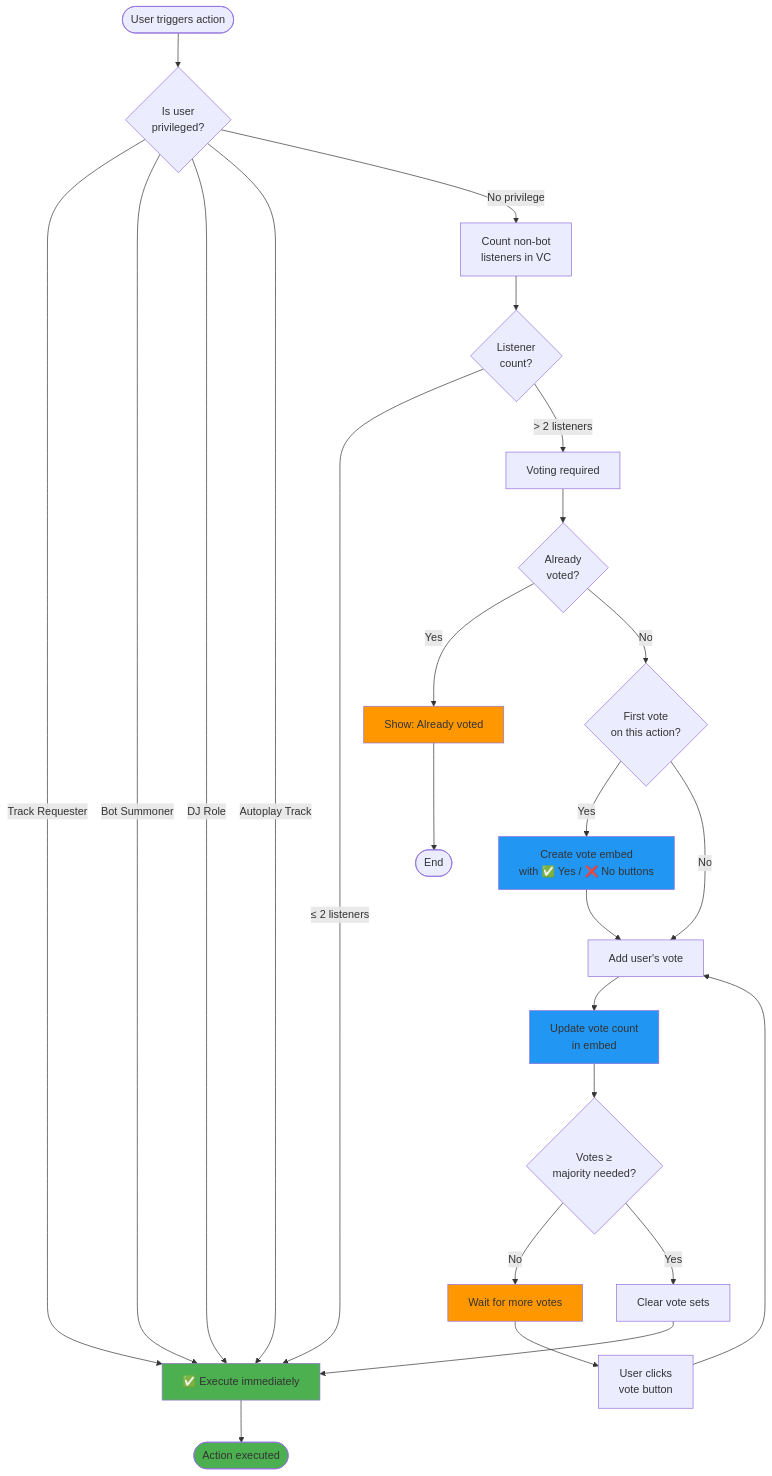
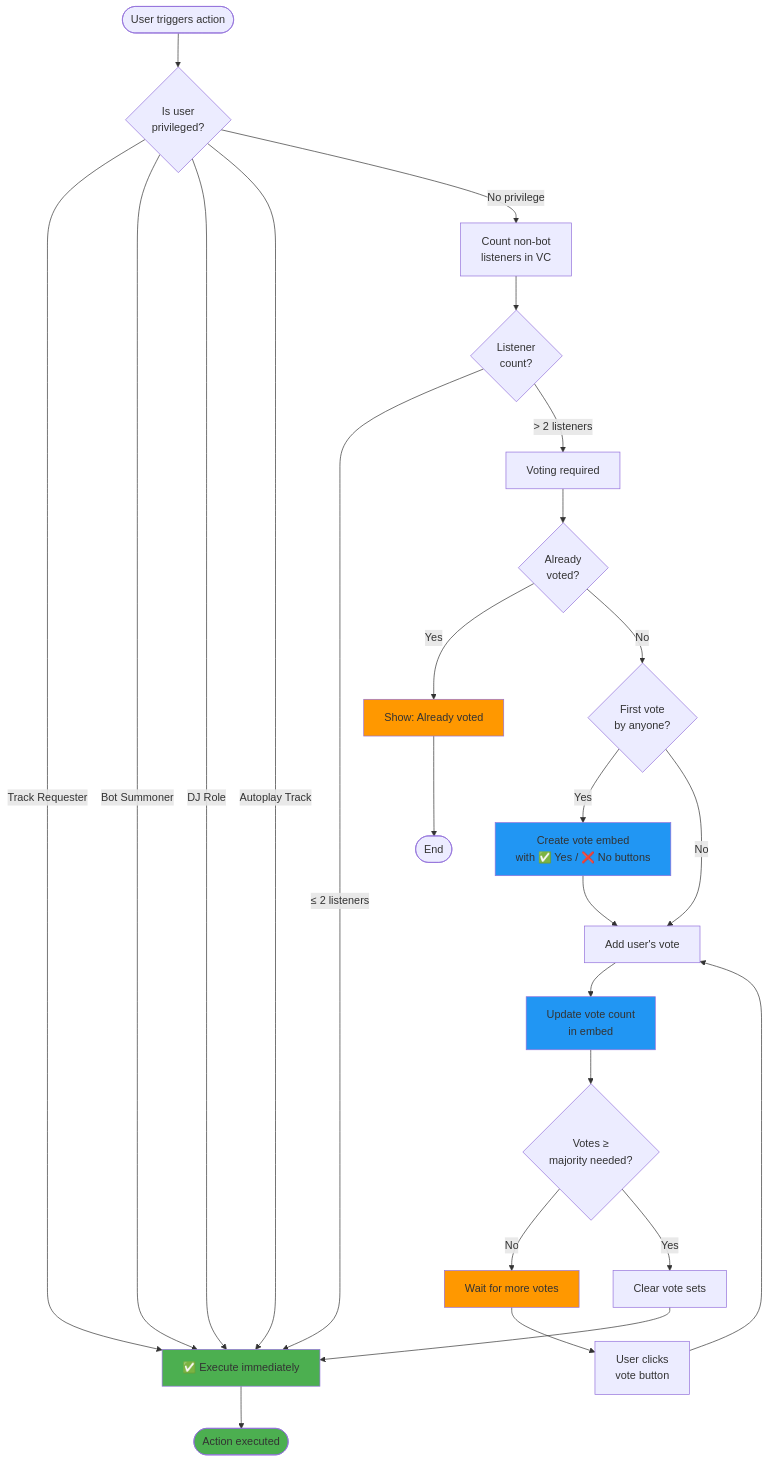
Before and after one commit to ductridev/multi-distube-bots: the second of 2 diagrams in README.md, drawn with Mermaid.

Commit message:
fix: clarify voting flow description in README

````diff
--- a/README.md
+++ b/README.md
@@ -105,42 +105,42 @@
 ```mermaid
 flowchart TD
     Start([User triggers action]) --> CheckPrivilege{Is user<br/>privileged?}
     
     CheckPrivilege -->|Track Requester| ExecuteImmediate[✅ Execute immediately]
     CheckPrivilege -->|Bot Summoner| ExecuteImmediate
     CheckPrivilege -->|DJ Role| ExecuteImmediate
     CheckPrivilege -->|Autoplay Track| ExecuteImmediate
     
     CheckPrivilege -->|No privilege| CountListeners[Count non-bot<br/>listeners in VC]
     
     CountListeners --> CheckCount{Listener<br/>count?}
     CheckCount -->|≤ 2 listeners| ExecuteImmediate
     CheckCount -->|> 2 listeners| NeedVoting[Voting required]
     
     NeedVoting --> CheckExistingVote{Already<br/>voted?}
     CheckExistingVote -->|Yes| AlreadyVoted[Show: Already voted]
-    CheckExistingVote -->|No| FirstVote{First vote<br/>on this action?}
+    CheckExistingVote -->|No| FirstVote{First vote<br/>by anyone?}
     
     FirstVote -->|Yes| CreateEmbed[Create vote embed<br/>with ✅ Yes / ❌ No buttons]
     CreateEmbed --> AddVote[Add user's vote]
     
     FirstVote -->|No| AddVote
     AddVote --> UpdateEmbed[Update vote count<br/>in embed]
     
     UpdateEmbed --> CheckMajority{Votes ≥<br/>majority needed?}
     CheckMajority -->|No| WaitMore[Wait for more votes]
     CheckMajority -->|Yes| ClearVotes[Clear vote sets]
     ClearVotes --> ExecuteImmediate
     
     ExecuteImmediate --> Complete([Action executed])
     WaitMore --> ButtonClick[User clicks<br/>vote button]
     ButtonClick --> AddVote
     AlreadyVoted --> End([End])
     
     style ExecuteImmediate fill:#4CAF50
     style CreateEmbed fill:#2196F3
     style UpdateEmbed fill:#2196F3
     style Complete fill:#4CAF50
     style AlreadyVoted fill:#FF9800
     style WaitMore fill:#FF9800
 ```
````
